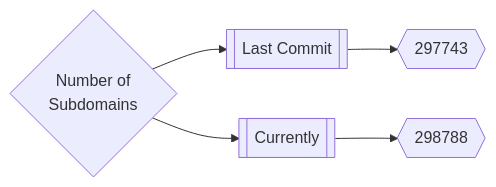
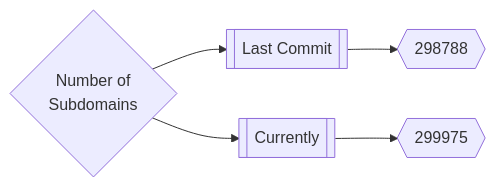
The first of 3 diagrams in README.md (trickest/inventory), drawn with Mermaid before and after one commit. The commit also changed other lines of this file and 132 other files, not shown here.

````diff
--- a/README.md
+++ b/README.md
@@ -165,5 +165,5 @@
 ```mermaid
 graph LR
-title{Number of<br>Subdomains} --> subdomainsDate1[[Last Commit]] --> subdomainsNum1{{297743}}
-title --> subdomainsDate2[[Currently]] --> subdomainsNum2{{298788}}
+title{Number of<br>Subdomains} --> subdomainsDate1[[Last Commit]] --> subdomainsNum1{{298788}}
+title --> subdomainsDate2[[Currently]] --> subdomainsNum2{{299975}}
 ```
````
